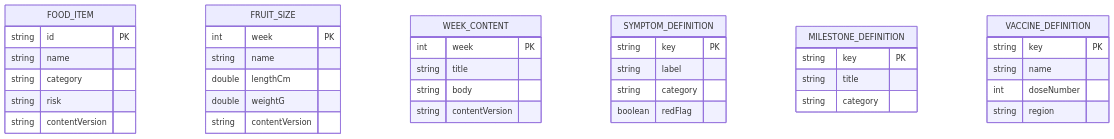
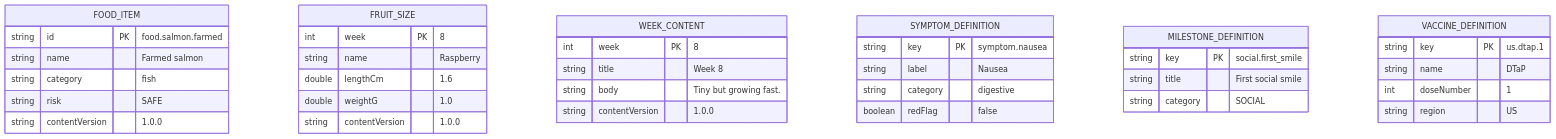
The ninth of 10 diagrams in docs/domain-model-entity-relation.md (headache-sh2l/cocobean), drawn with Mermaid before and after one commit. The commit also changed other lines of this file, not shown here.

````diff
--- a/docs/domain-model-entity-relation.md
+++ b/docs/domain-model-entity-relation.md
@@ -369,40 +370,40 @@
 ```mermaid
 erDiagram
     FOOD_ITEM {
-        string id PK
-        string name
-        string category
-        string risk
-        string contentVersion
+        string id PK "food.salmon.farmed"
+        string name "Farmed salmon"
+        string category "fish"
+        string risk "SAFE"
+        string contentVersion "1.0.0"
     }
     FRUIT_SIZE {
-        int week PK
-        string name
-        double lengthCm
-        double weightG
-        string contentVersion
+        int week PK "8"
+        string name "Raspberry"
+        double lengthCm "1.6"
+        double weightG "1.0"
+        string contentVersion "1.0.0"
     }
     WEEK_CONTENT {
-        int week PK
-        string title
-        string body
-        string contentVersion
+        int week PK "8"
+        string title "Week 8"
+        string body "Tiny but growing fast."
+        string contentVersion "1.0.0"
     }
     SYMPTOM_DEFINITION {
-        string key PK
-        string label
-        string category
-        boolean redFlag
+        string key PK "symptom.nausea"
+        string label "Nausea"
+        string category "digestive"
+        boolean redFlag "false"
     }
     MILESTONE_DEFINITION {
-        string key PK
-        string title
-        string category
+        string key PK "social.first_smile"
+        string title "First social smile"
+        string category "SOCIAL"
     }
     VACCINE_DEFINITION {
-        string key PK
-        string name
-        int doseNumber
-        string region
+        string key PK "us.dtap.1"
+        string name "DTaP"
+        int doseNumber "1"
+        string region "US"
     }
 ```
````
